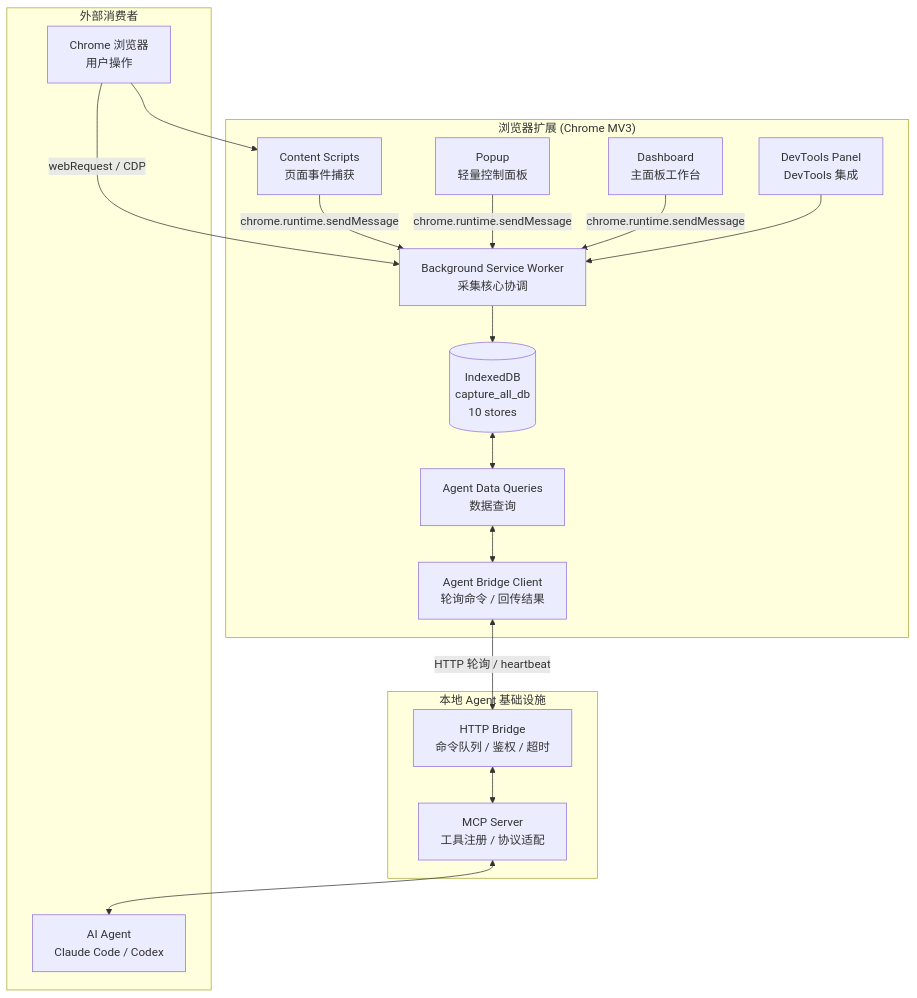
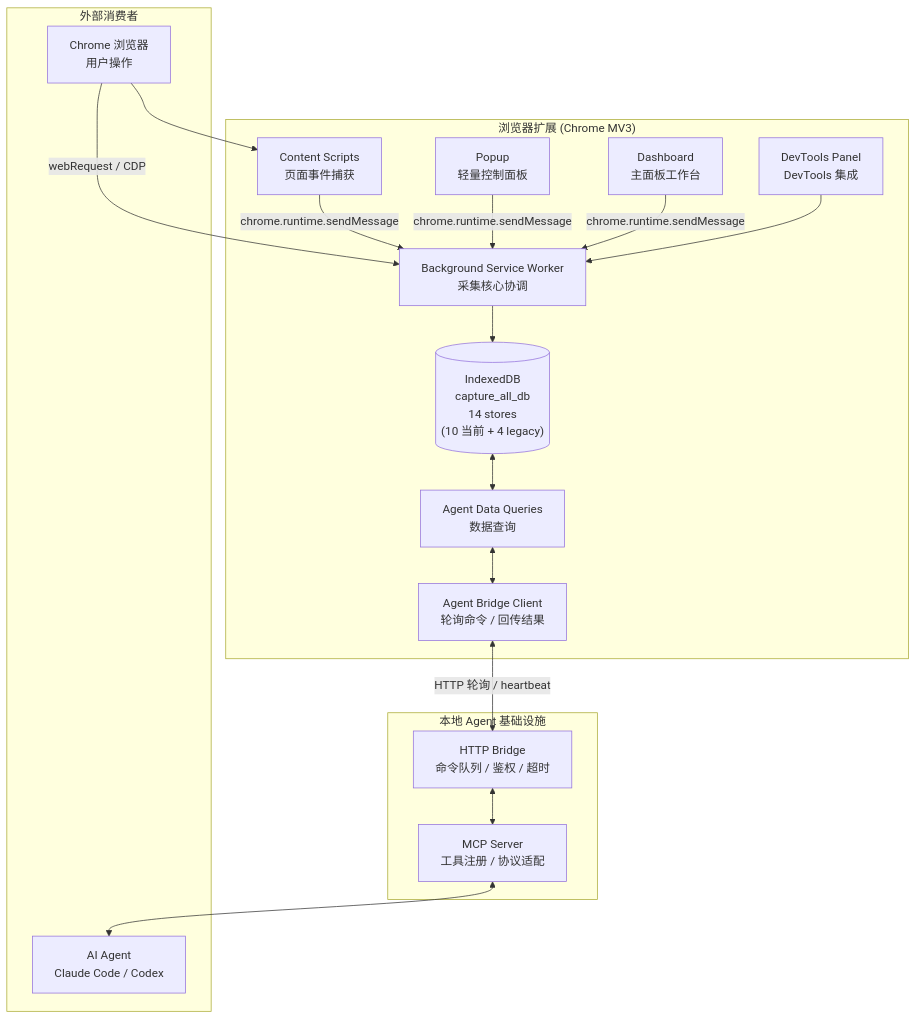
Before and after one commit to TuTouPower/capture_all: the diagram in docs/blueprint/architecture.md, drawn with Mermaid. The commit also changed 20 other files, not shown here.

````diff
--- a/docs/blueprint/architecture.md
+++ b/docs/blueprint/architecture.md
@@ -27,36 +27,36 @@
 ```mermaid
 graph TB
     subgraph "浏览器扩展 (Chrome MV3)"
         SW["Background Service Worker<br/>采集核心协调"]
         CS["Content Scripts<br/>页面事件捕获"]
         POP["Popup<br/>轻量控制面板"]
         DASH["Dashboard<br/>主面板工作台"]
         DT["DevTools Panel<br/>DevTools 集成"]
-        IDB[("IndexedDB<br/>capture_all_db<br/>10 stores")]
+        IDB[("IndexedDB<br/>capture_all_db<br/>14 stores<br/>(10 当前 + 4 legacy)")]
         BC["Agent Bridge Client<br/>轮询命令 / 回传结果"]
         AQ["Agent Data Queries<br/>数据查询"]
     end
 
     subgraph "本地 Agent 基础设施"
         BRIDGE["HTTP Bridge<br/>命令队列 / 鉴权 / 超时"]
         MCP["MCP Server<br/>工具注册 / 协议适配"]
     end
 
     subgraph "外部消费者"
         AGENT["AI Agent<br/>Claude Code / Codex"]
         BROWSER["Chrome 浏览器<br/>用户操作"]
     end
 
     BROWSER --> CS
     CS -->|chrome.runtime.sendMessage| SW
     BROWSER -->|webRequest / CDP| SW
     SW --> IDB
     POP -->|chrome.runtime.sendMessage| SW
     DASH -->|chrome.runtime.sendMessage| SW
     DT --> SW
     BC <-->|HTTP 轮询 / heartbeat| BRIDGE
     BRIDGE <--> MCP
     MCP <--> AGENT
     IDB <--> AQ
     AQ <--> BC
 ```
````
